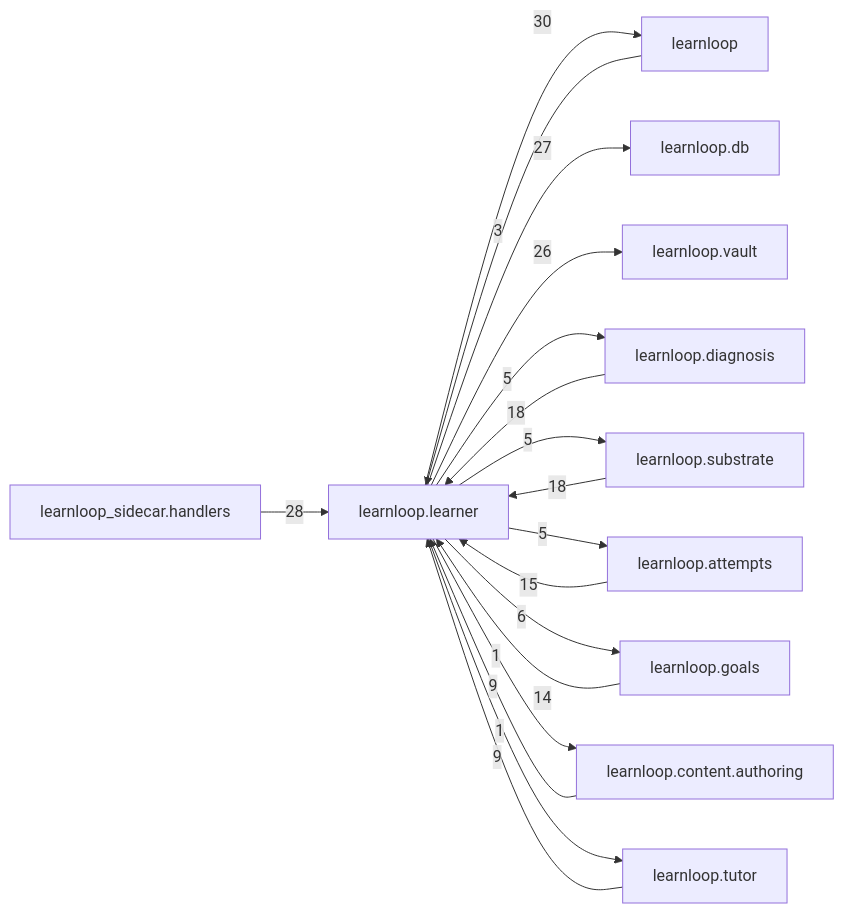
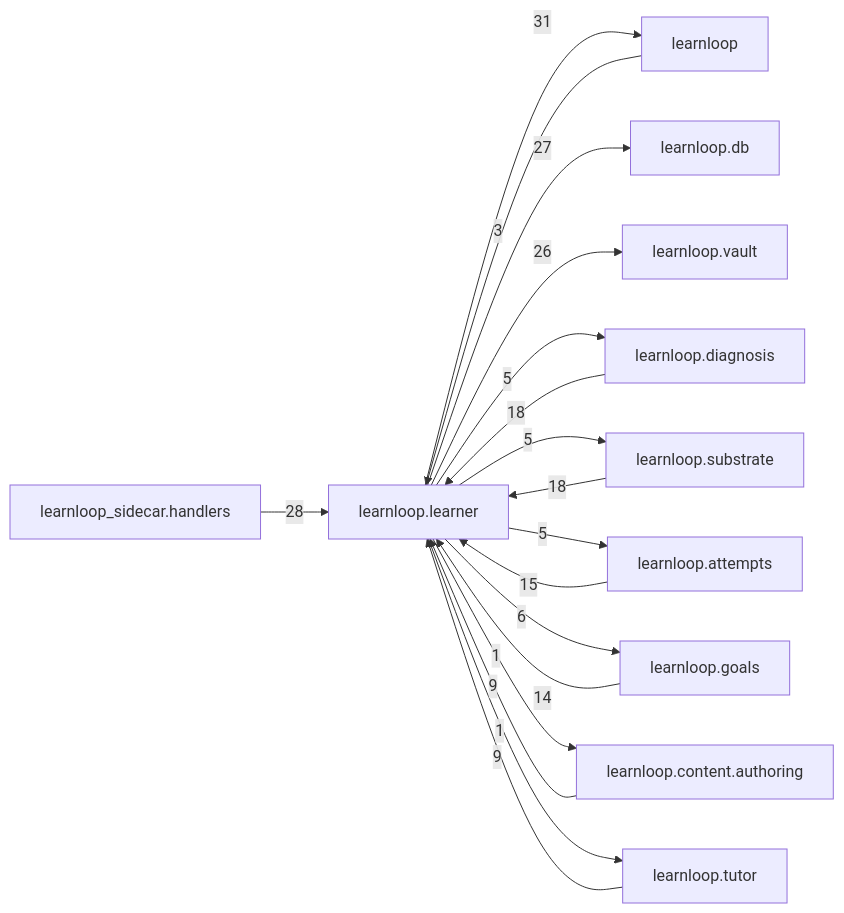
Before and after one commit to 6up-b/learnanything: the diagram in docs/learnloop-architecture-vault/Reference/Modules/learnloop/learner/_package.md, drawn with Mermaid. The commit also changed other lines of this file and 16 other files, not shown here.

````diff
--- a/docs/learnloop-architecture-vault/Reference/Modules/learnloop/learner/_package.md
+++ b/docs/learnloop-architecture-vault/Reference/Modules/learnloop/learner/_package.md
@@ -158,31 +158,31 @@
 ```mermaid
 flowchart LR
     center["learnloop.learner"]
     n_learnloop["learnloop"]
     n_learnloop_sidecar_handlers["learnloop_sidecar.handlers"]
     n_learnloop_db["learnloop.db"]
     n_learnloop_vault["learnloop.vault"]
     n_learnloop_diagnosis["learnloop.diagnosis"]
     n_learnloop_substrate["learnloop.substrate"]
     n_learnloop_attempts["learnloop.attempts"]
     n_learnloop_goals["learnloop.goals"]
     n_learnloop_content_authoring["learnloop.content.authoring"]
     n_learnloop_tutor["learnloop.tutor"]
     n_learnloop -->|3| center
-    center -->|30| n_learnloop
+    center -->|31| n_learnloop
     n_learnloop_sidecar_handlers -->|28| center
     center -->|27| n_learnloop_db
     center -->|26| n_learnloop_vault
     n_learnloop_diagnosis -->|18| center
     center -->|5| n_learnloop_diagnosis
     n_learnloop_substrate -->|18| center
     center -->|5| n_learnloop_substrate
     n_learnloop_attempts -->|15| center
     center -->|5| n_learnloop_attempts
     n_learnloop_goals -->|14| center
     center -->|6| n_learnloop_goals
     n_learnloop_content_authoring -->|9| center
     center -->|1| n_learnloop_content_authoring
     n_learnloop_tutor -->|9| center
     center -->|1| n_learnloop_tutor
 ```
````
